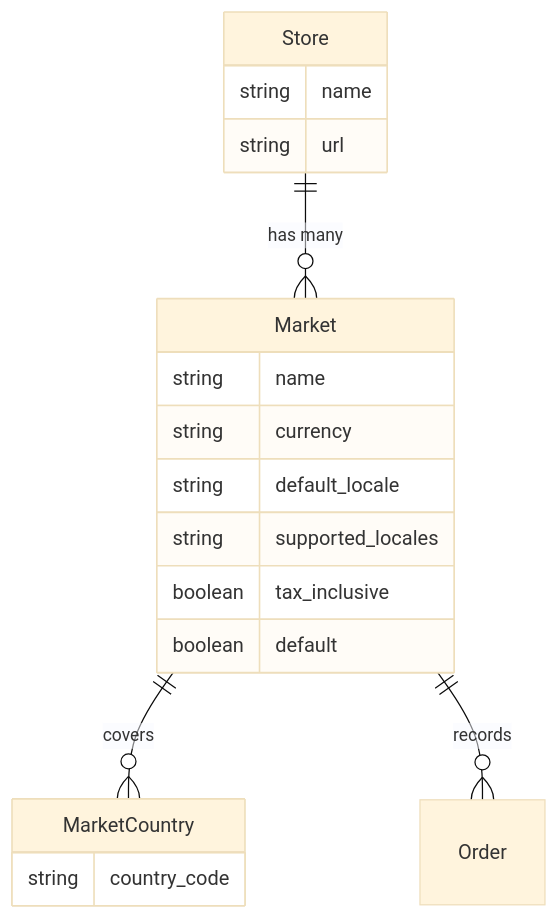
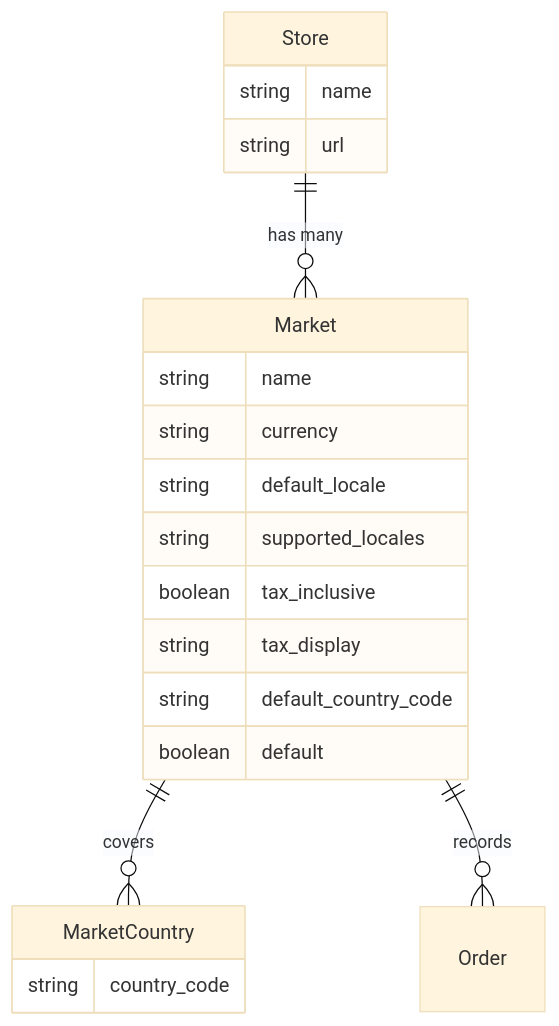
Before and after one commit to spree/spree: the diagram in docs/developer/core-concepts/markets.mdx, drawn with Mermaid (base theme). The commit also changed other lines of this file and 5 other files, not shown here.

First line of the commit message:
Docs: Market tax display and main country

````diff
--- a/docs/developer/core-concepts/markets.mdx
+++ b/docs/developer/core-concepts/markets.mdx
@@ -14,24 +14,26 @@
 ```mermaid
 erDiagram
     Store ||--o{ Market : "has many"
     Market ||--o{ MarketCountry : "covers"
     Market ||--o{ Order : "records"
 
     Store {
         string name
         string url
     }
 
     Market {
         string name
         string currency
         string default_locale
         string supported_locales
         boolean tax_inclusive
+        string tax_display
+        string default_country_code
         boolean default
     }
 
     MarketCountry {
         string country_code
     }
 ```
````
